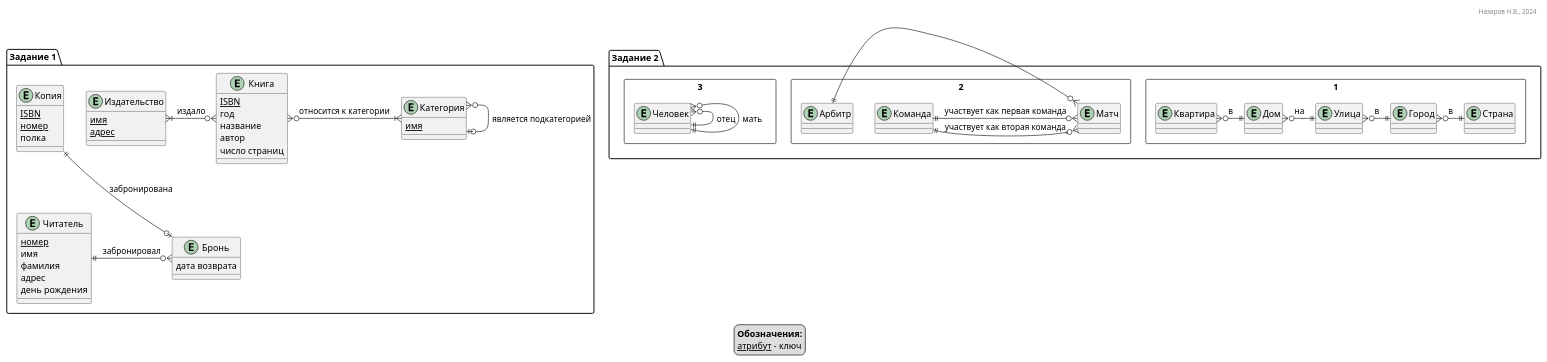
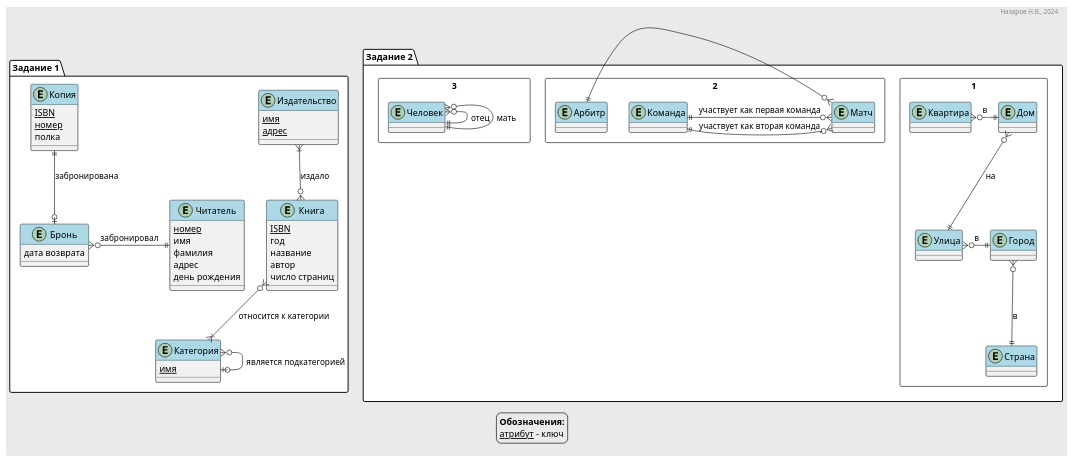
Before and after one commit to nvnazarov/c3-db: the diagram in sem_02.puml, drawn with PlantUML.

Commit message:
Add some styles

```diff
--- a/sem_02.puml
+++ b/sem_02.puml
@@ -1,94 +1,100 @@
 @startuml libsys
+
+skinparam BackgroundColor #eaeaea
+
+skinparam class {
+    HeaderBackgroundColor LightBlue
+}
 
 header Назаров Н.В., 2024
 
 legend
     <b>Обозначения:</b>
     <u>атрибут</u> - ключ
 endlegend
 
-package "Задание 1" {
+package "Задание 1" #White {
 
     entity Издательство {
         <u>имя</u>
         <u>адрес</u>
     }
 
     entity Книга {
         <u>ISBN</u>
         год
         название
         автор
         число страниц
     }
 
     entity Копия {
         <u>ISBN</u>
         <u>номер</u>
         полка
     }
 
     entity Категория {
         <u>имя</u>
     }
 
     entity Читатель {
         <u>номер</u>
         имя
         фамилия
         адрес
         день рождения
     }
 
     entity Бронь {
         дата возврата
     }
 
-    Издательство }|-o{ Книга : издало
-    Книга }o-|{ Категория : относится к категории
+    Издательство }|--o{ Книга : издало
+    Книга }o--|{ Категория : относится к категории
     Читатель ||-o{ Бронь : забронировал
     Копия ||--o| Бронь : забронирована
     Категория }o-o| Категория : является подкатегорией
 
 }
 
-package "Задание 2" {
+package "Задание 2" #White {
 
     rectangle 1 {
 
         entity Страна
         entity Город
         entity Улица
         entity Дом
         entity Квартира
 
         Квартира }o-|| Дом : в
-        Дом }o-|| Улица : на
+        Дом }o--|| Улица : на
         Улица }o-|| Город : в
-        Город }o-|| Страна : в
+        Город }o--|| Страна : в
 
     }
 
     rectangle 2 {
 
         entity Команда
         entity Арбитр
         entity Матч
 
-        Команда ||-o{ Матч : участвует как первая команда
+        Команда ||--o{ Матч : участвует как первая команда
         Команда ||-o{ Матч : участвует как вторая команда
         Арбитр ||-o{ Матч
 
     }
 
     rectangle 3 {
 
         entity Человек
 
         Человек }o-|| Человек : отец
         Человек }o-|| Человек : мать
 
     }
 }
 
 @enduml
```
